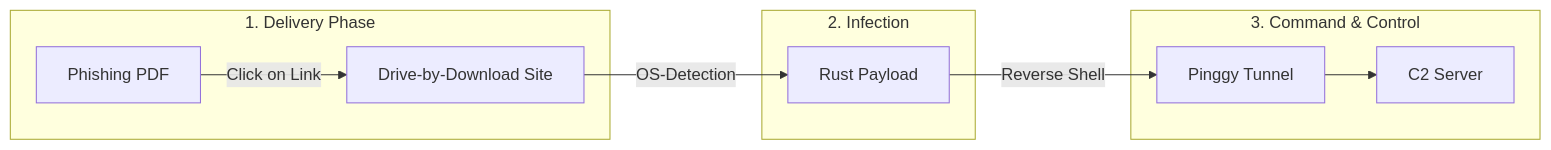
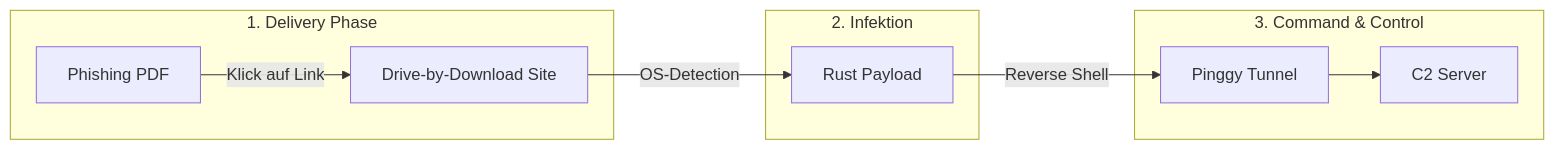
Before and after one commit to TimBLukas/rust-mw: the first of 3 diagrams in Readme.md, drawn with Mermaid. The commit also changed other lines of this file and 1 other file, not shown here.

````diff
--- a/Readme.md
+++ b/Readme.md
@@ -59,21 +59,21 @@
 ```mermaid
 graph LR
     subgraph Delivery [1. Delivery Phase]
         PDF[Phishing PDF]
         DbD[Drive-by-Download Site]
     end
 
-    subgraph Infection [2. Infection]
+    subgraph Infection [2. Infektion]
         Payload[Rust Payload]
     end
 
     subgraph C2 [3. Command & Control]
         Server[C2 Server]
         Tunnel[Pinggy Tunnel]
     end
 
-    PDF --> |"Click on Link"| DbD
+    PDF --> |"Klick auf Link"| DbD
     DbD --> |"OS-Detection"| Payload
     Payload --> |"Reverse Shell"| Tunnel
     Tunnel --> Server
 ```
````
